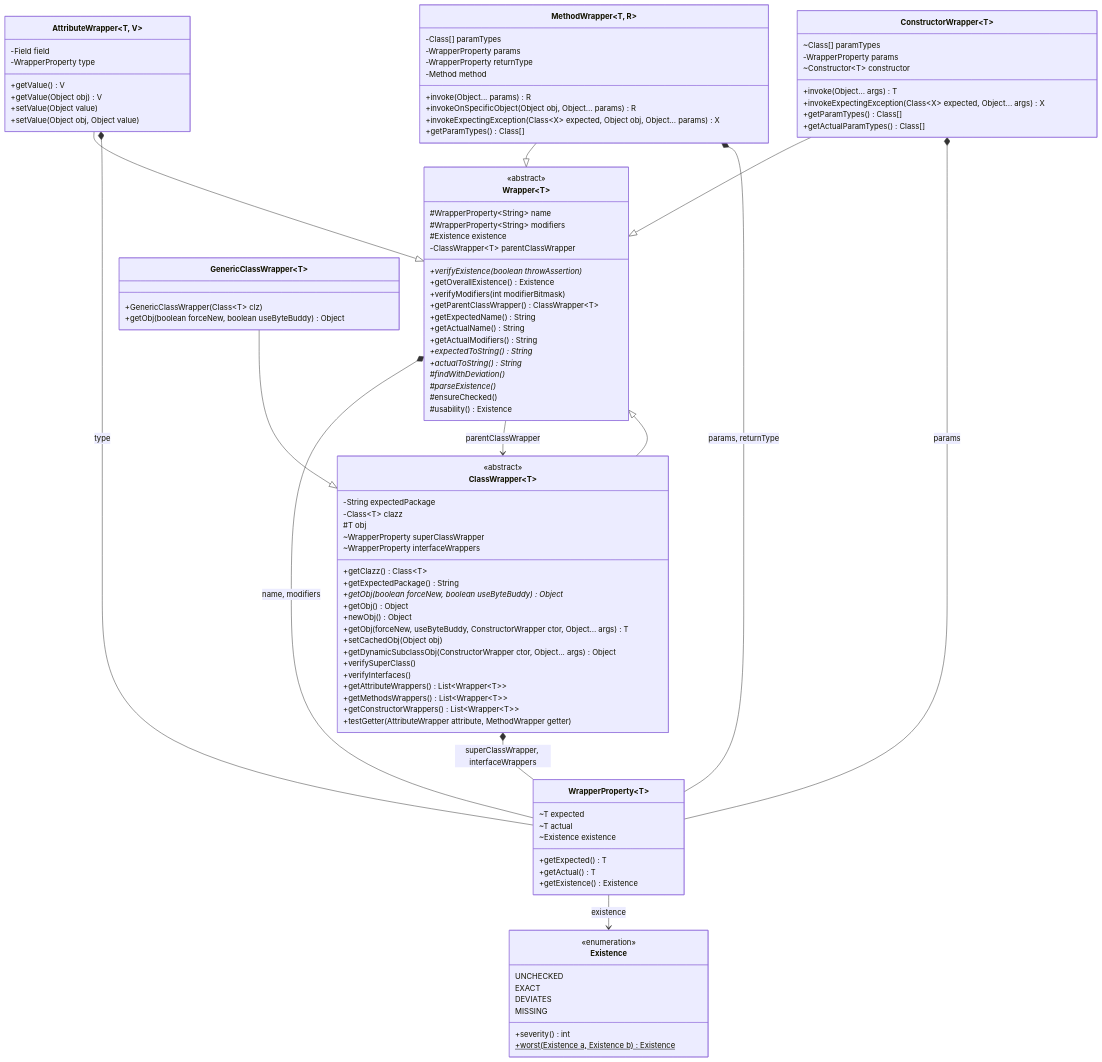
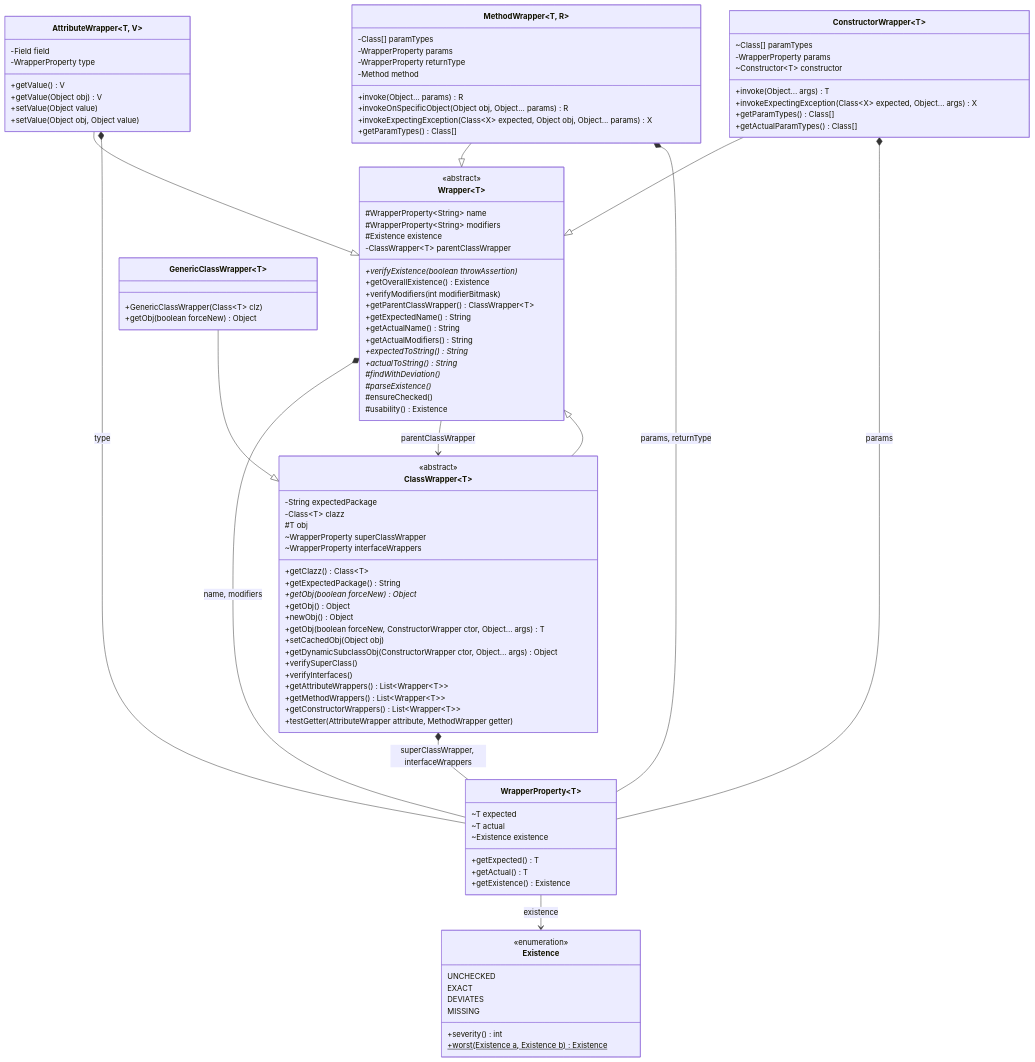
The second of 4 diagrams in docs/architecture.md (ValentinHerrmann/Levenshtein-Testing-Framework), drawn with Mermaid before and after one commit. The commit also changed other lines of this file and 39 other files, not shown here.

```diff
--- a/docs/architecture.md
+++ b/docs/architecture.md
@@ -125,22 +125,22 @@
         ~WrapperProperty interfaceWrappers
         +getClazz() Class~T~
         +getExpectedPackage() String
-        +getObj(boolean forceNew, boolean useByteBuddy)* Object
+        +getObj(boolean forceNew)* Object
         +getObj() Object
         +newObj() Object
-        +getObj(forceNew, useByteBuddy, ConstructorWrapper ctor, Object... args) T
+        +getObj(boolean forceNew, ConstructorWrapper ctor, Object... args) T
         +setCachedObj(Object obj)
         +getDynamicSubclassObj(ConstructorWrapper ctor, Object... args) Object
         +verifySuperClass()
         +verifyInterfaces()
         +getAttributeWrappers() List~Wrapper~T~~
-        +getMethodsWrappers() List~Wrapper~T~~
+        +getMethodWrappers() List~Wrapper~T~~
         +getConstructorWrappers() List~Wrapper~T~~
         +testGetter(AttributeWrapper attribute, MethodWrapper getter)
     }
     class GenericClassWrapper~T~ {
         +GenericClassWrapper(Class~T~ clz)
-        +getObj(boolean forceNew, boolean useByteBuddy) Object
+        +getObj(boolean forceNew) Object
     }
     class AttributeWrapper["AttributeWrapper&lt;T, V&gt;"] {
         -Field field
```
